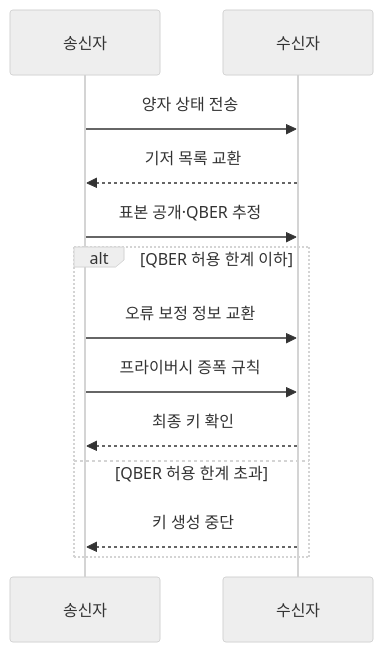
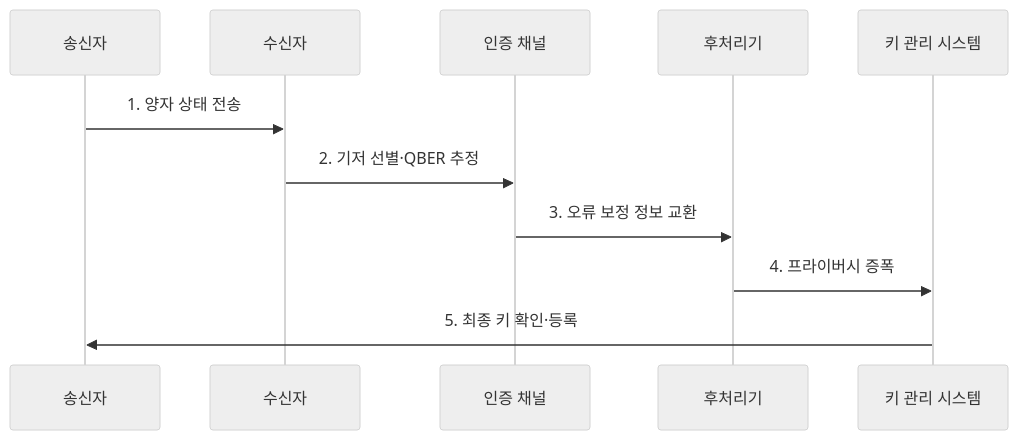
Before and after one commit to agnusdei1207/knowledge-base: the second of 2 diagrams in src/content/docs/notes/05-security/014_quantum_key_distribution.md, drawn with Mermaid (neutral theme). The commit also changed other lines of this file and 22 other files, not shown here.

````diff
--- a/src/content/docs/notes/05-security/014_quantum_key_distribution.md
+++ b/src/content/docs/notes/05-security/014_quantum_key_distribution.md
@@ -91,15 +90,13 @@
 ```mermaid
 sequenceDiagram
     participant A as 송신자
     participant B as 수신자
-    A->>B: 양자 상태 전송
-    B-->>A: 기저 목록 교환
-    A->>B: 표본 공개·QBER 추정
-    alt QBER 허용 한계 이하
-        A->>B: 오류 보정 정보 교환
-        A->>B: 프라이버시 증폭 규칙
-        B-->>A: 최종 키 확인
-    else QBER 허용 한계 초과
-        B-->>A: 키 생성 중단
-    end
+    participant C as 인증 채널
+    participant P as 후처리기
+    participant K as 키 관리 시스템
+    A->>B: 1. 양자 상태 전송
+    B->>C: 2. 기저 선별·QBER 추정
+    C->>P: 3. 오류 보정 정보 교환
+    P->>K: 4. 프라이버시 증폭
+    K->>A: 5. 최종 키 확인·등록
 ```
````
